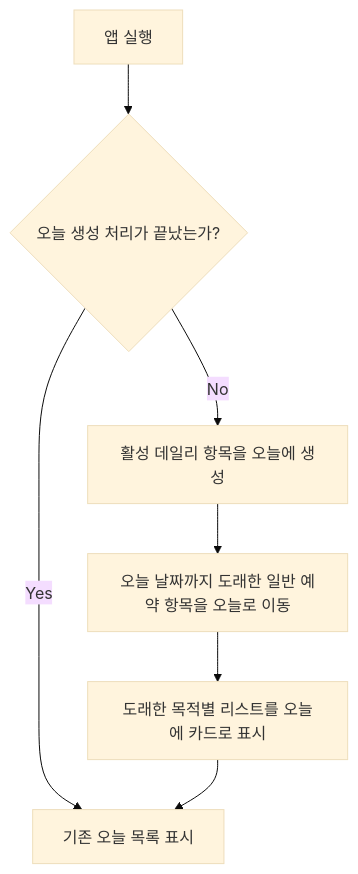
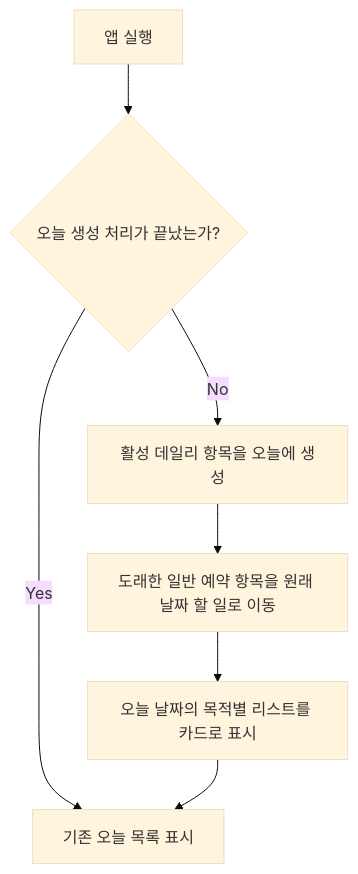
The second of 2 diagrams in docs/USER_FLOW.md (jiyeongoing/to-do-list-application), drawn with Mermaid (base theme) before and after one commit. The commit also changed other lines of this file and 11 other files, not shown here.

````diff
--- a/docs/USER_FLOW.md
+++ b/docs/USER_FLOW.md
@@ -23,9 +23,9 @@
 ```mermaid
 flowchart TD
     A["앱 실행"] --> B{"오늘 생성 처리가 끝났는가?"}
     B -- "No" --> C["활성 데일리 항목을 오늘에 생성"]
-    C --> D["오늘 날짜까지 도래한 일반 예약 항목을 오늘로 이동"]
-    D --> F["도래한 목적별 리스트를 오늘에 카드로 표시"]
+    C --> D["도래한 일반 예약 항목을 원래 날짜 할 일로 이동"]
+    D --> F["오늘 날짜의 목적별 리스트를 카드로 표시"]
     B -- "Yes" --> E["기존 오늘 목록 표시"]
     F --> E
 ```
````
